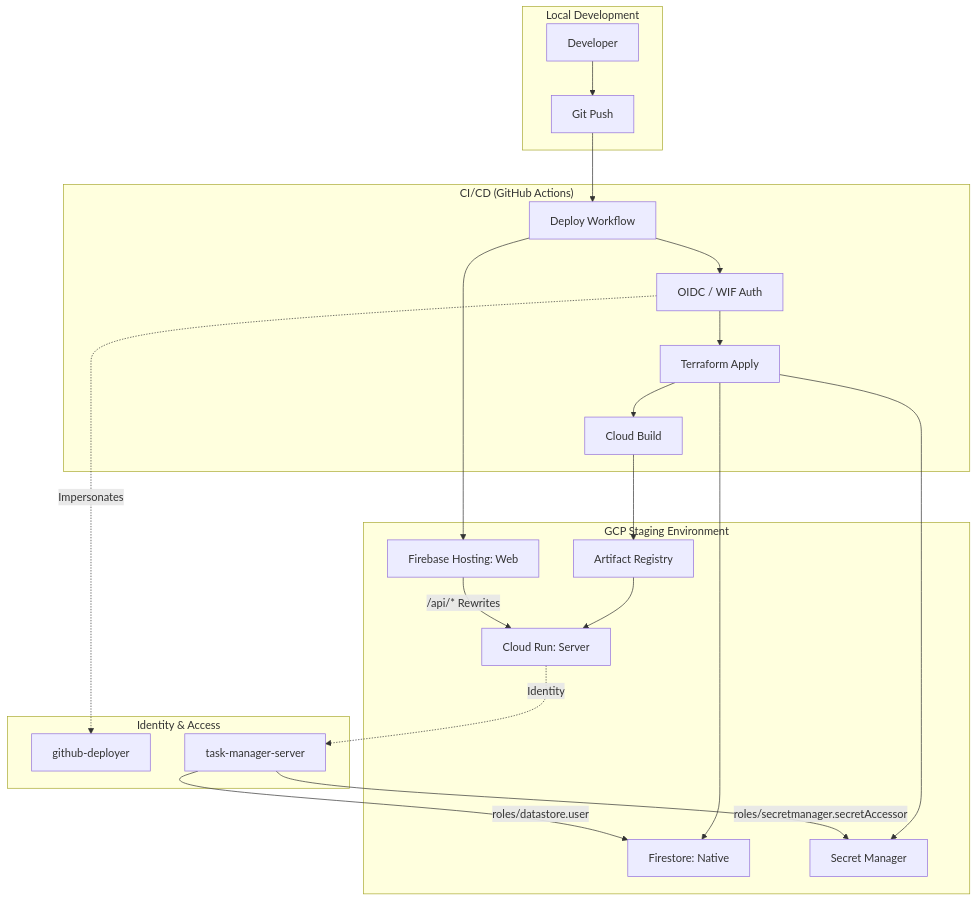
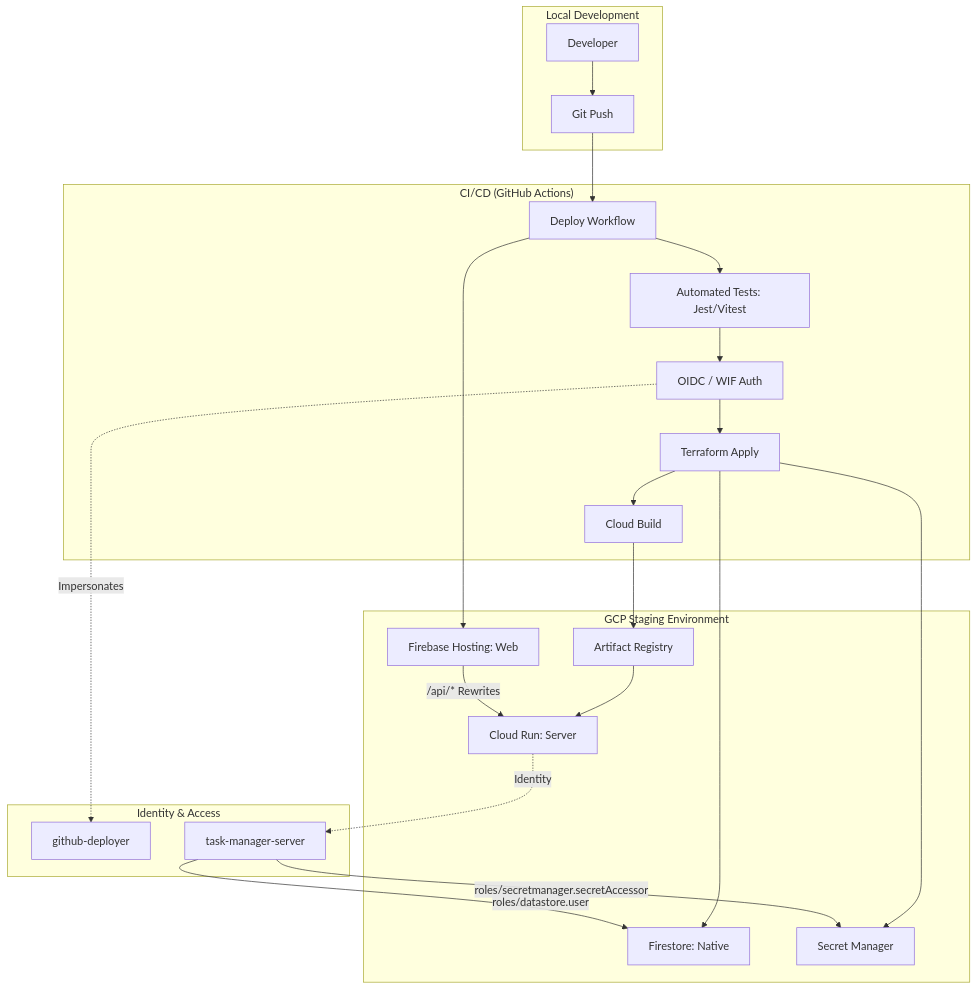
The diagram in docs/system_map.mermaid (d0s4gw/TaskManager), drawn with Mermaid before and after one commit. The commit also changed 22 other files, not shown here.

```diff
--- a/docs/system_map.mermaid
+++ b/docs/system_map.mermaid
@@ -1,28 +1,29 @@
 graph TD
     subgraph "Local Development"
         Dev[Developer] --> Git[Git Push]
     end
 
     subgraph "CI/CD (GitHub Actions)"
         Git --> GHA[Deploy Workflow]
-        GHA --> WIF[OIDC / WIF Auth]
+        GHA --> Test[Automated Tests: Jest/Vitest]
+        Test --> WIF[OIDC / WIF Auth]
         WIF --> TF[Terraform Apply]
         TF --> CB[Cloud Build]
     end
 
     subgraph "GCP Staging Environment"
         CB --> GCR[Artifact Registry]
         GCR --> CR[Cloud Run: Server]
         TF --> FS[Firestore: Native]
         TF --> SM[Secret Manager]
         GHA --> FH[Firebase Hosting: Web]
     end
 
     subgraph "Identity & Access"
         WIF -.-> |Impersonates| GSA[github-deployer]
         CR -.-> |Identity| SSA[task-manager-server]
         SSA --> |roles/datastore.user| FS
         SSA --> |roles/secretmanager.secretAccessor| SM
     end
 
     FH --> |/api/* Rewrites| CR
```
